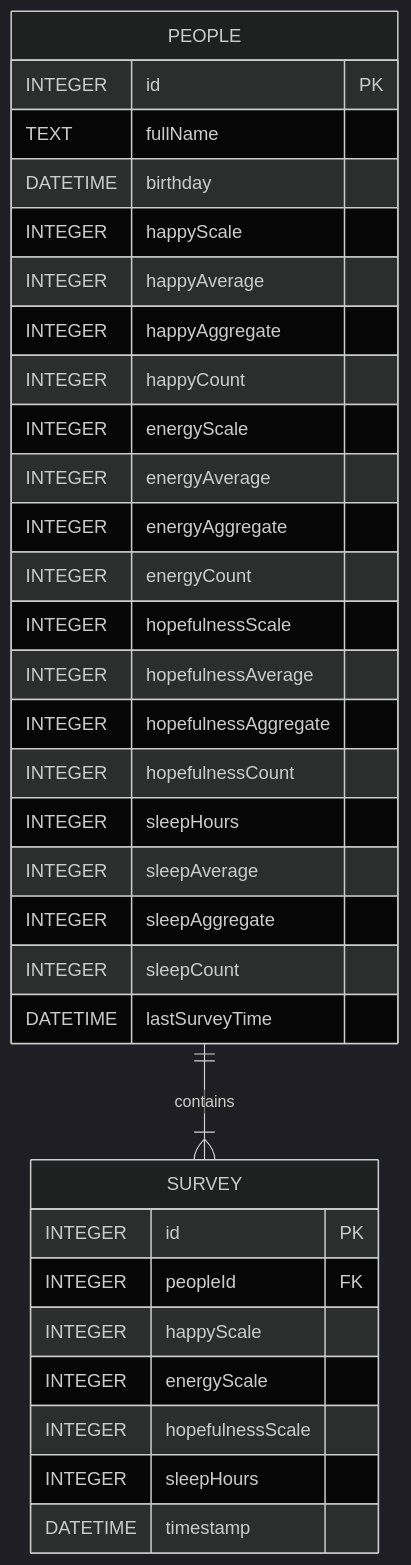
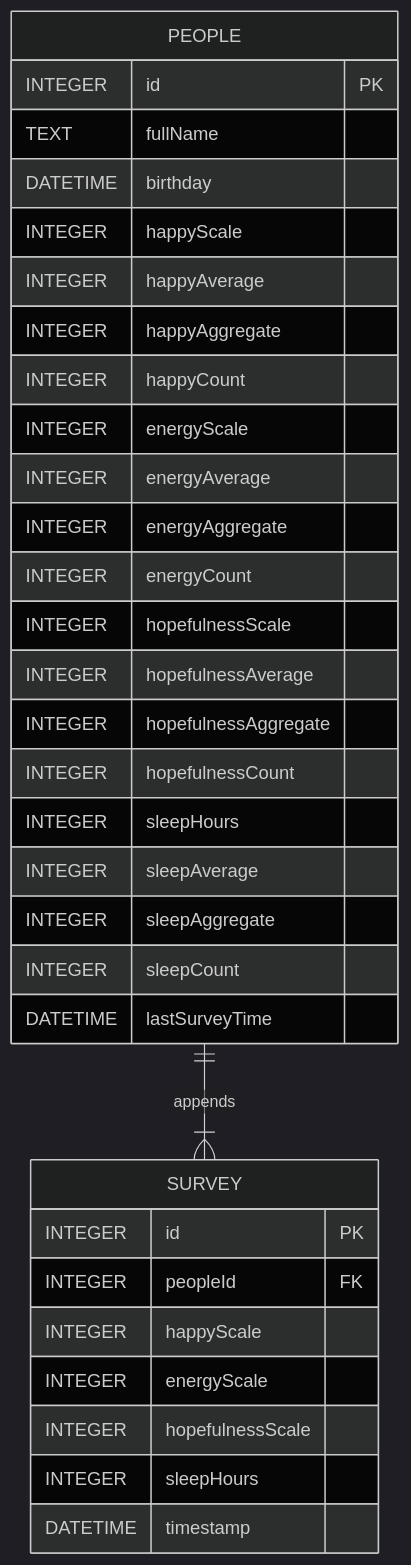
The diagram in README.md (edster9/mood-survey-app), drawn with Mermaid (dark theme) before and after one commit. The commit also changed other lines of this file, not shown here.

````diff
--- a/README.md
+++ b/README.md
@@ -44,36 +57,36 @@
 ```mermaid
 erDiagram
-    PEOPLE ||--|{ SURVEY : contains
+    PEOPLE ||--|{ SURVEY : appends
     PEOPLE {
         INTEGER id PK
         TEXT fullName
         DATETIME birthday
         INTEGER happyScale
         INTEGER happyAverage
         INTEGER happyAggregate
         INTEGER happyCount
         INTEGER energyScale
         INTEGER energyAverage
         INTEGER energyAggregate
         INTEGER energyCount
         INTEGER hopefulnessScale
         INTEGER hopefulnessAverage
         INTEGER hopefulnessAggregate
         INTEGER hopefulnessCount
         INTEGER sleepHours
         INTEGER sleepAverage
         INTEGER sleepAggregate
         INTEGER sleepCount
         DATETIME lastSurveyTime
     }
     SURVEY {
         INTEGER id PK
         INTEGER peopleId FK
         INTEGER happyScale
         INTEGER energyScale
         INTEGER hopefulnessScale
         INTEGER sleepHours
         DATETIME timestamp
     }
 
 ```
````
